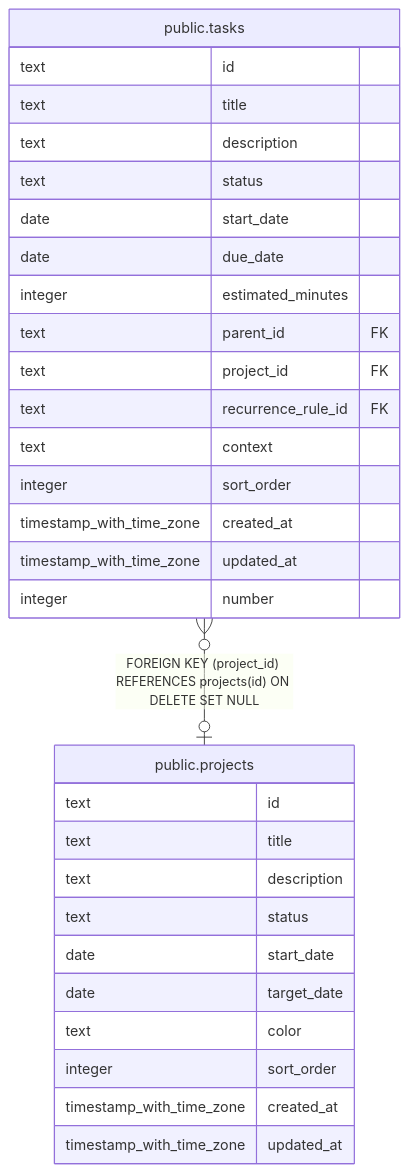
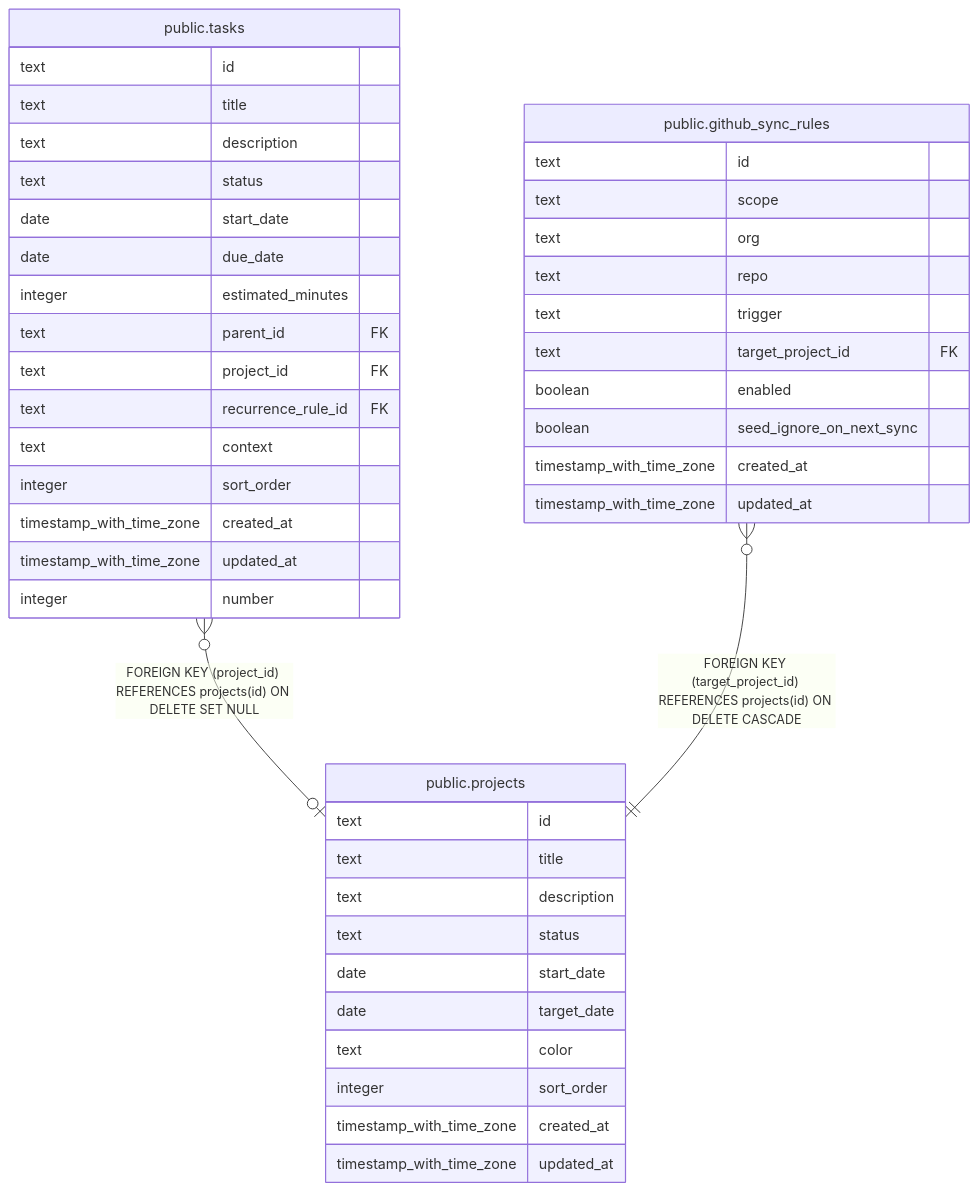
One commit to fohte/tq changed the diagram in docs/db/public.projects.md. Above: the diagram before and after it, drawn with Mermaid. The commit also changed other lines of this file and 30 other files, not shown here.

Commit message:
api, web: add GitHub sync rules to auto-task assigned issues/PRs (#169)

````diff
--- a/docs/db/public.projects.md
+++ b/docs/db/public.projects.md
@@ -34,35 +34,48 @@
 ```mermaid
 erDiagram
 
 "public.tasks" }o--o| "public.projects" : "FOREIGN KEY (project_id) REFERENCES projects(id) ON DELETE SET NULL"
+"public.github_sync_rules" }o--|| "public.projects" : "FOREIGN KEY (target_project_id) REFERENCES projects(id) ON DELETE CASCADE"
 
 "public.projects" {
   text id
   text title
   text description
   text status
   date start_date
   date target_date
   text color
   integer sort_order
   timestamp_with_time_zone created_at
   timestamp_with_time_zone updated_at
 }
 "public.tasks" {
   text id
   text title
   text description
   text status
   date start_date
   date due_date
   integer estimated_minutes
   text parent_id FK
   text project_id FK
   text recurrence_rule_id FK
   text context
   integer sort_order
   timestamp_with_time_zone created_at
   timestamp_with_time_zone updated_at
   integer number
 }
+"public.github_sync_rules" {
+  text id
+  text scope
+  text org
+  text repo
+  text trigger
+  text target_project_id FK
+  boolean enabled
+  boolean seed_ignore_on_next_sync
+  timestamp_with_time_zone created_at
+  timestamp_with_time_zone updated_at
+}
 ```
````
